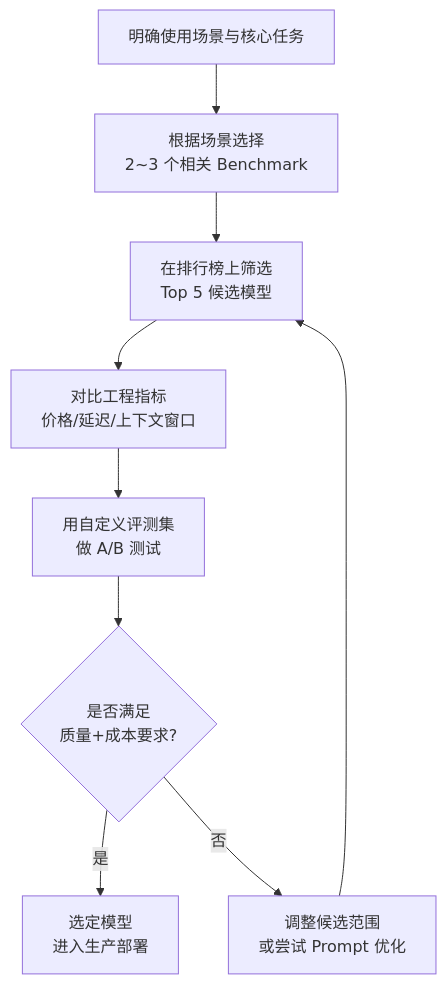
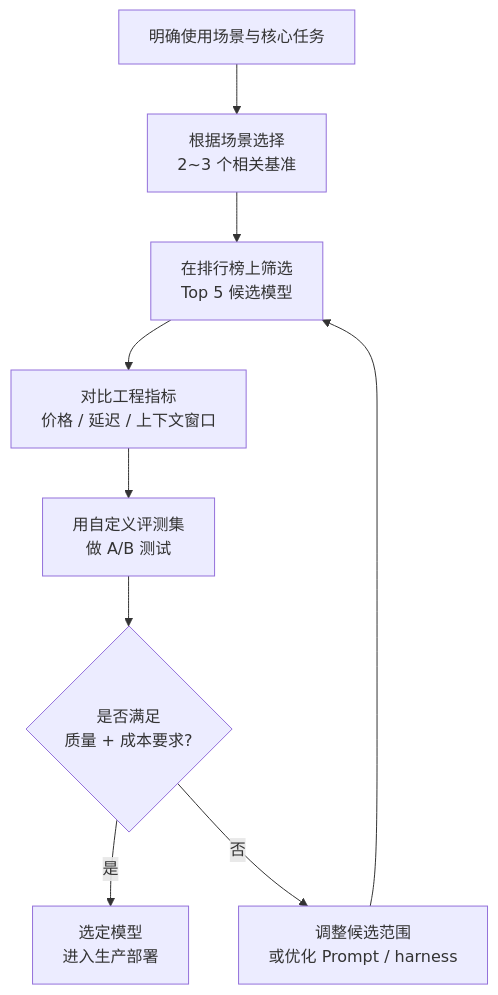
Before and after one commit to xuchaoxin1375/blogs: the second of 3 diagrams in Code/ai/coding大模型的选择benchmark参考.md, drawn with Mermaid. The commit also changed other lines of this file and 1 other file, not shown here.

````diff
--- a/Code/ai/coding大模型的选择benchmark参考.md
+++ b/Code/ai/coding大模型的选择benchmark参考.md
@@ -333,11 +463,11 @@
 ```mermaid
 flowchart TD
-    A["明确使用场景与核心任务"] --> B["根据场景选择<br>2~3 个相关 Benchmark"]
+    A["明确使用场景与核心任务"] --> B["根据场景选择<br>2~3 个相关基准"]
     B --> C["在排行榜上筛选<br>Top 5 候选模型"]
-    C --> D["对比工程指标<br>价格/延迟/上下文窗口"]
+    C --> D["对比工程指标<br>价格 / 延迟 / 上下文窗口"]
     D --> E["用自定义评测集<br>做 A/B 测试"]
-    E --> F{"是否满足<br>质量+成本要求?"}
+    E --> F{"是否满足<br>质量 + 成本要求?"}
     F -- "是" --> G["选定模型<br>进入生产部署"]
-    F -- "否" --> H["调整候选范围<br>或尝试 Prompt 优化"]
+    F -- "否" --> H["调整候选范围<br>或优化 Prompt / harness"]
     H --> C
 ```
````
